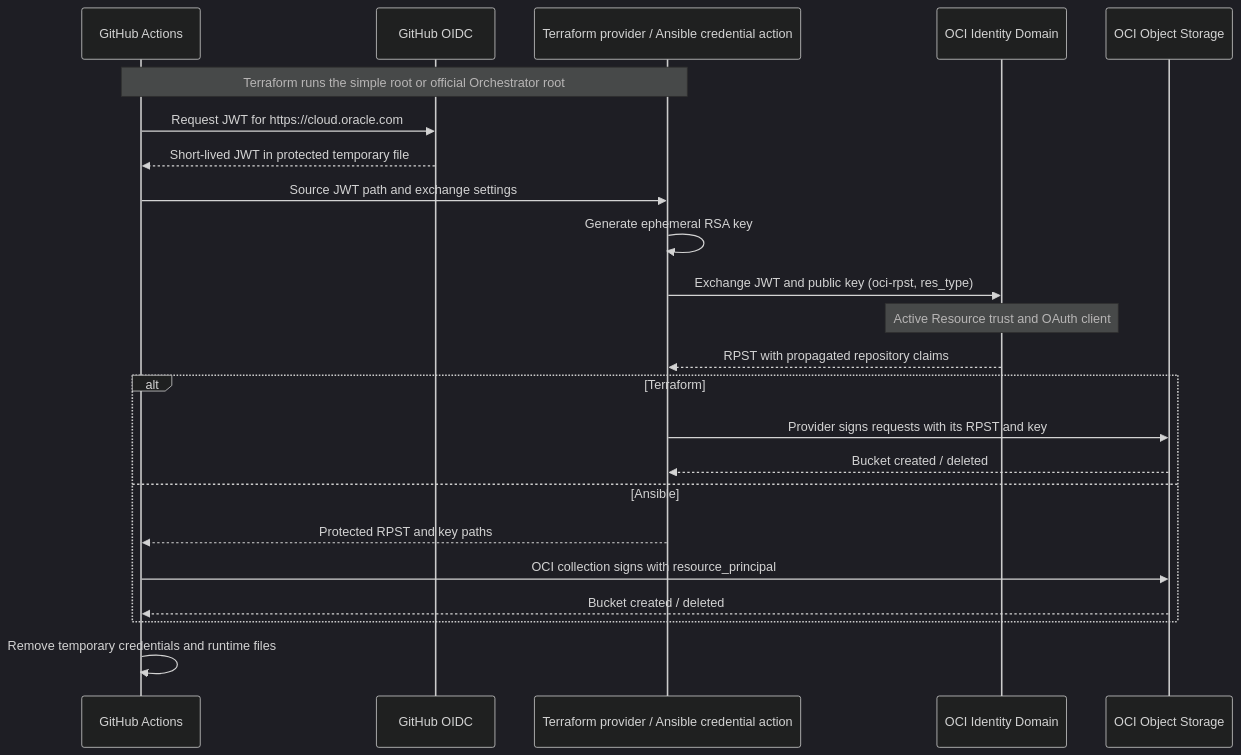
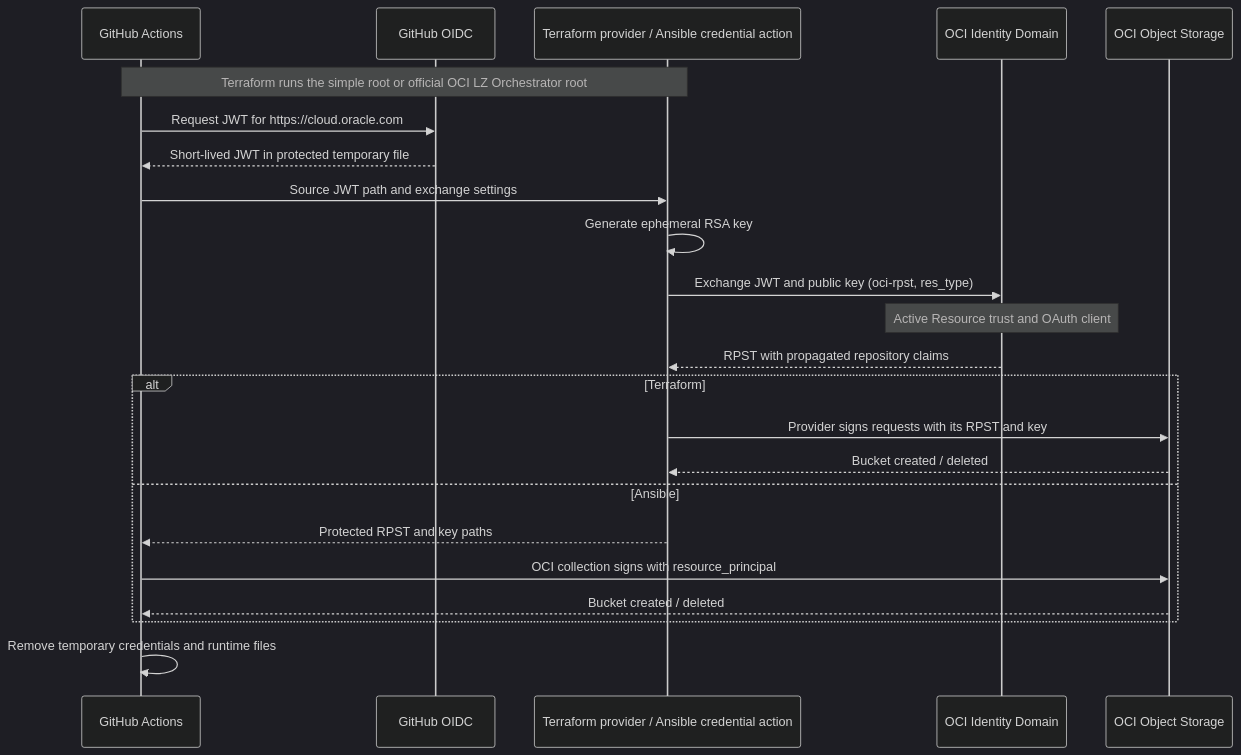
Before and after one commit to dgutierrezcolodra/oci-terraform-github-actions-wif-example: the diagram in README.md, drawn with Mermaid (dark theme). The commit also changed other lines of this file and 3 other files, not shown here.

Commit message:
docs: name Terraform OCI LZ Orchestrator consistently

````diff
--- a/README.md
+++ b/README.md
@@ -25,26 +25,26 @@
 ```mermaid
 sequenceDiagram
     participant Job as GitHub Actions
     participant GitHub as GitHub OIDC
     participant Runtime as Terraform provider / Ansible credential action
     participant Domain as OCI Identity Domain
     participant OCI as OCI Object Storage
 
-    Note over Job, Runtime: Terraform runs the simple root or official Orchestrator root
+    Note over Job, Runtime: Terraform runs the simple root or official OCI LZ Orchestrator root
     Job->>GitHub: Request JWT for https://cloud.oracle.com
     GitHub-->>Job: Short-lived JWT in protected temporary file
     Job->>Runtime: Source JWT path and exchange settings
     Runtime->>Runtime: Generate ephemeral RSA key
     Runtime->>Domain: Exchange JWT and public key (oci-rpst, res_type)
     Note over Domain: Active Resource trust and OAuth client
     Domain-->>Runtime: RPST with propagated repository claims
     alt Terraform
         Runtime->>OCI: Provider signs requests with its RPST and key
         OCI-->>Runtime: Bucket created / deleted
     else Ansible
         Runtime-->>Job: Protected RPST and key paths
         Job->>OCI: OCI collection signs with resource_principal
         OCI-->>Job: Bucket created / deleted
     end
     Job->>Job: Remove temporary credentials and runtime files
 ```
````
